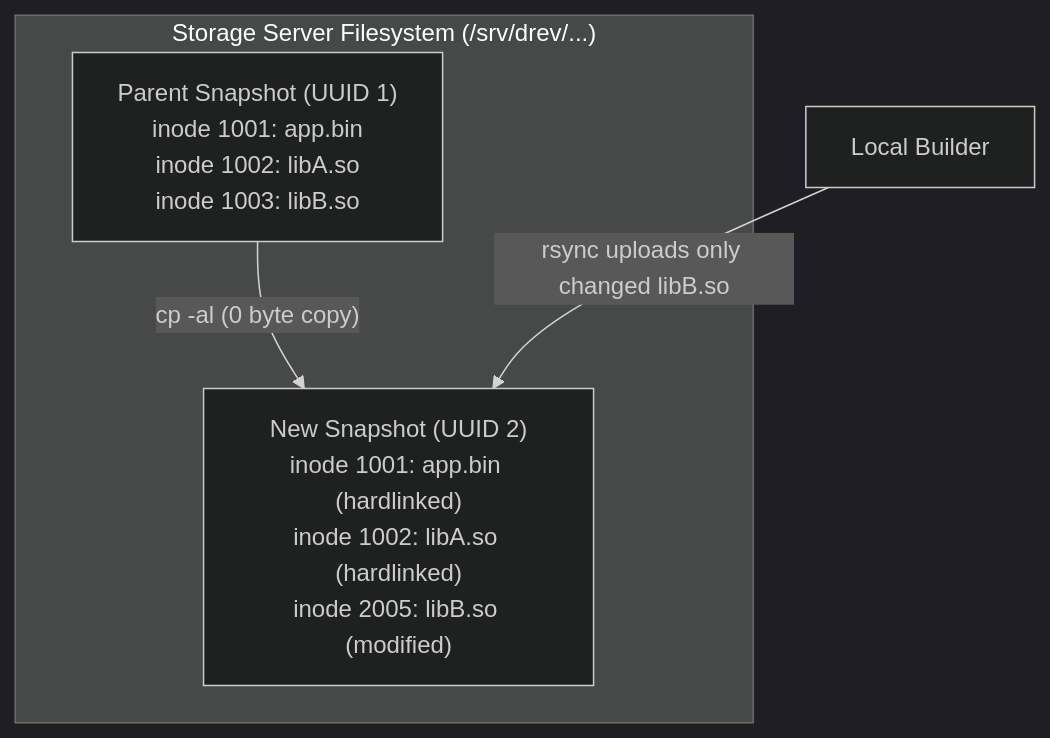
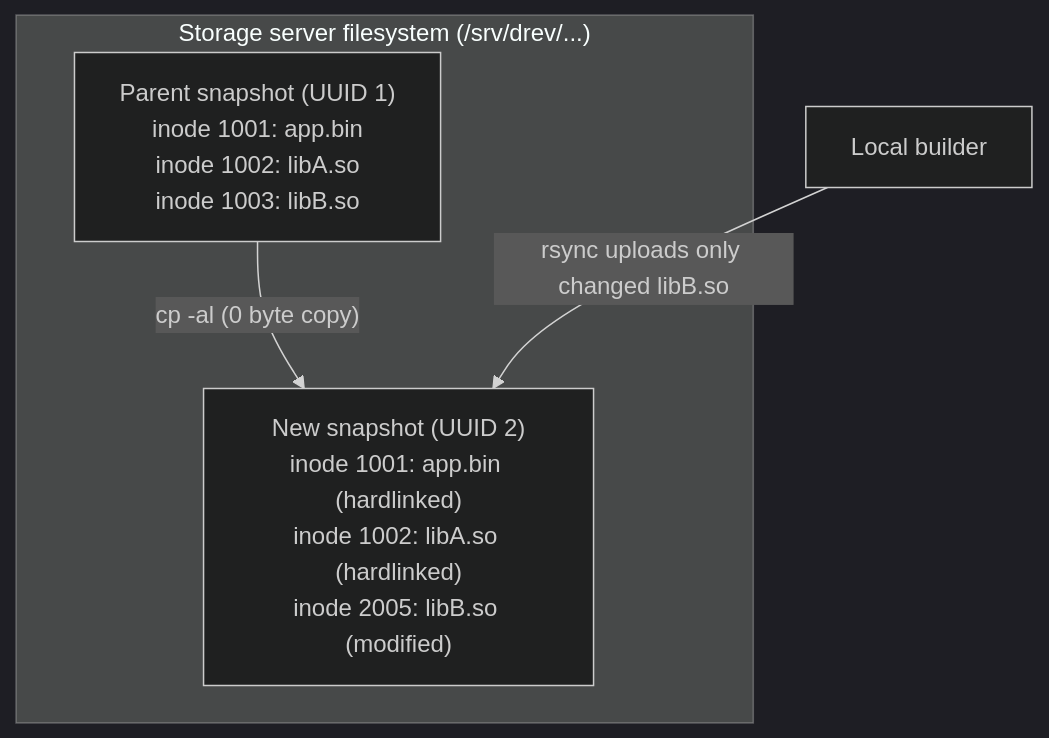
The diagram in docs/user-guide/05-storage-and-retention.md (bvarnai/git-drev), drawn with Mermaid (dark theme) before and after one commit. The commit also changed other lines of this file and 8 other files, not shown here.

````diff
--- a/docs/user-guide/05-storage-and-retention.md
+++ b/docs/user-guide/05-storage-and-retention.md
@@ -37,10 +37,10 @@
 ```mermaid
 flowchart TD
-    subgraph StorageServer["Storage Server Filesystem (/srv/drev/...)"]
-        Parent["Parent Snapshot (UUID 1)<br/>inode 1001: app.bin<br/>inode 1002: libA.so<br/>inode 1003: libB.so"]
-        NewRev["New Snapshot (UUID 2)<br/>inode 1001: app.bin (hardlinked)<br/>inode 1002: libA.so (hardlinked)<br/>inode 2005: libB.so (modified)"]
+    subgraph StorageServer["Storage server filesystem (/srv/drev/...)"]
+        Parent["Parent snapshot (UUID 1)<br/>inode 1001: app.bin<br/>inode 1002: libA.so<br/>inode 1003: libB.so"]
+        NewRev["New snapshot (UUID 2)<br/>inode 1001: app.bin (hardlinked)<br/>inode 1002: libA.so (hardlinked)<br/>inode 2005: libB.so (modified)"]
     end
 
     Parent -->|"cp -al (0 byte copy)"| NewRev
-    Upload["Local Builder"] -->|"rsync uploads only changed libB.so"| NewRev
+    Upload["Local builder"] -->|"rsync uploads only changed libB.so"| NewRev
 ```
````
